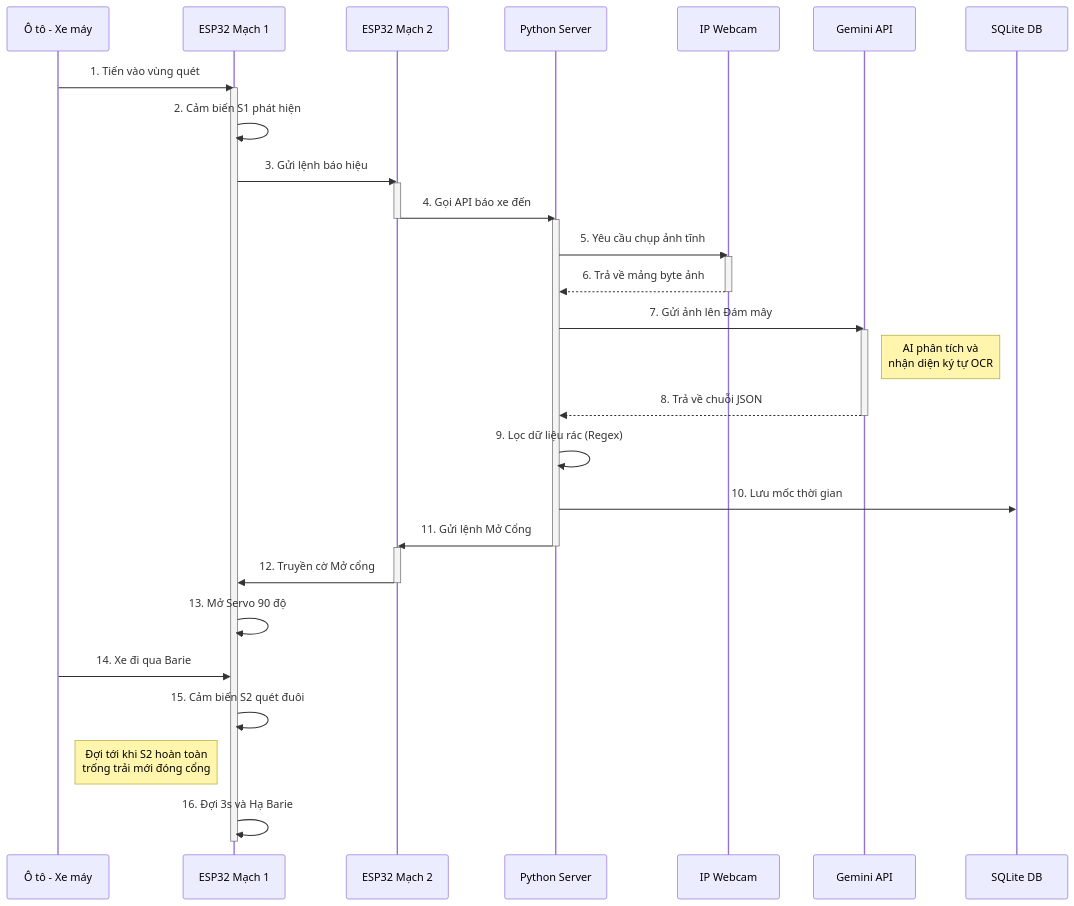
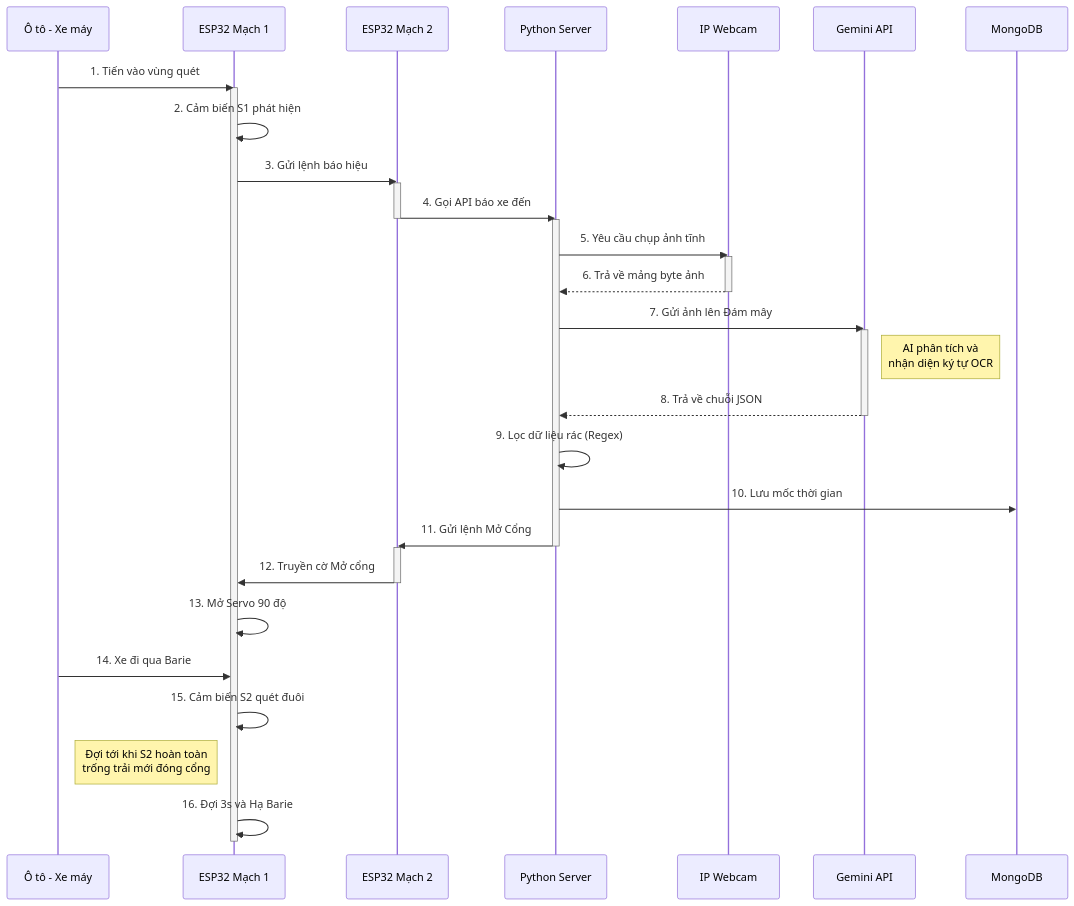
The second of 2 diagrams in README.md (Nam19ti/IOT_), drawn with Mermaid before and after one commit. The commit also changed other lines of this file, not shown here.

Commit message:
Replace SQLite with MongoDB and PyMongo across README

````diff
--- a/README.md
+++ b/README.md
@@ -117,44 +117,44 @@
 ```mermaid
 sequenceDiagram
     participant Xe as Ô tô - Xe máy
     participant M1 as ESP32 Mạch 1
     participant M2 as ESP32 Mạch 2
     participant Py as Python Server
     participant Cam as IP Webcam
     participant AI as Gemini API
-    participant DB as SQLite DB
+    participant DB as MongoDB
 
     Xe->>M1: 1. Tiến vào vùng quét
     activate M1
     M1->>M1: 2. Cảm biến S1 phát hiện
     M1->>M2: 3. Gửi lệnh báo hiệu
     activate M2
     M2->>Py: 4. Gọi API báo xe đến
     deactivate M2
     activate Py
     Py->>Cam: 5. Yêu cầu chụp ảnh tĩnh
     activate Cam
     Cam-->>Py: 6. Trả về mảng byte ảnh
     deactivate Cam
     
     Py->>AI: 7. Gửi ảnh lên Đám mây
     activate AI
     Note right of AI: AI phân tích và<br/>nhận diện ký tự OCR
     AI-->>Py: 8. Trả về chuỗi JSON
     deactivate AI
     
     Py->>Py: 9. Lọc dữ liệu rác (Regex)
     Py->>DB: 10. Lưu mốc thời gian
     
     Py->>M2: 11. Gửi lệnh Mở Cổng
     deactivate Py
     activate M2
     M2->>M1: 12. Truyền cờ Mở cổng
     deactivate M2
     M1->>M1: 13. Mở Servo 90 độ
     Xe->>M1: 14. Xe đi qua Barie
     M1->>M1: 15. Cảm biến S2 quét đuôi
     Note left of M1: Đợi tới khi S2 hoàn toàn<br/>trống trải mới đóng cổng
     M1->>M1: 16. Đợi 3s và Hạ Barie
     deactivate M1
 ```
````
